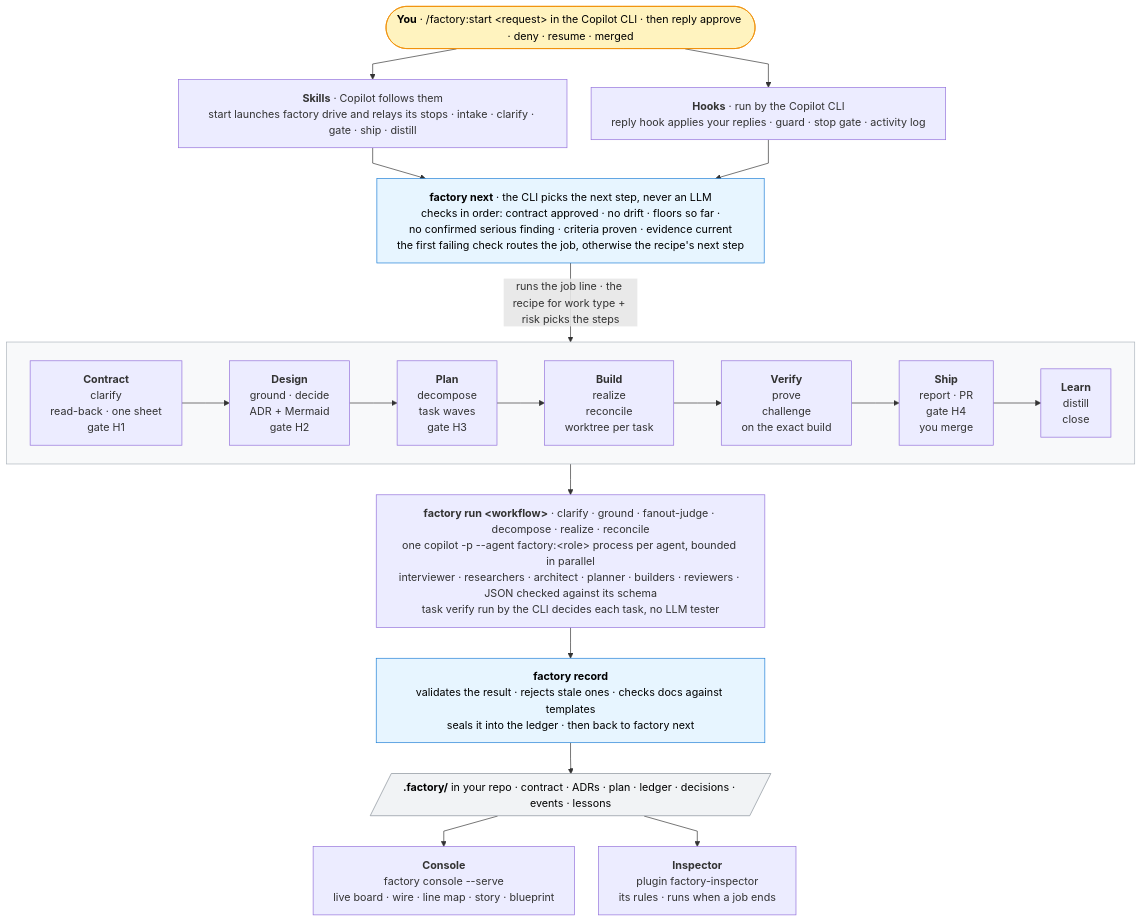
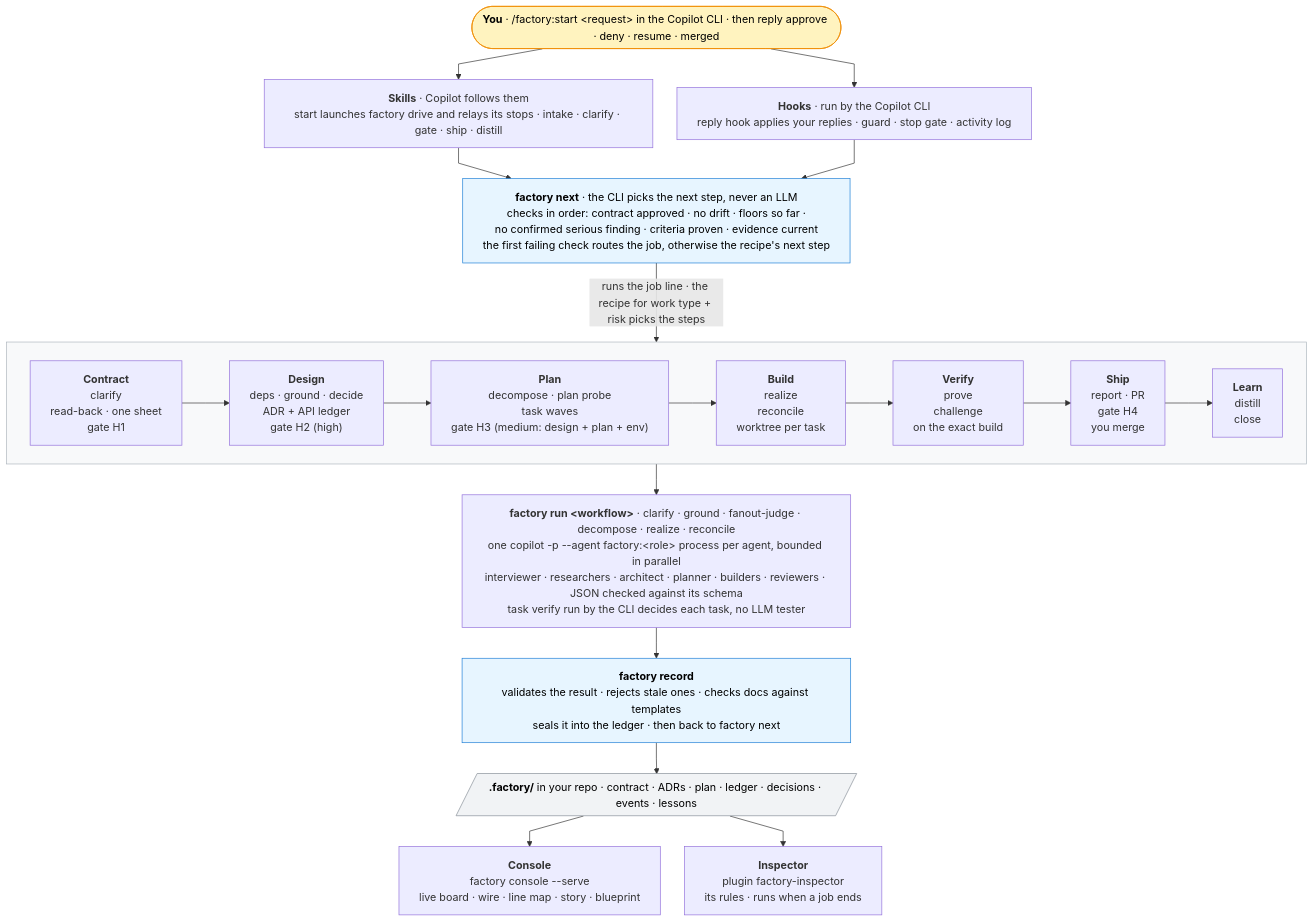
Before and after one commit to reshif/copilot-factory: the diagram in README.md, drawn with Mermaid. The commit also changed other lines of this file and 18 other files, not shown here.

````diff
--- a/README.md
+++ b/README.md
@@ -20,54 +20,54 @@
 ```mermaid
 ---
 config:
   flowchart:
     curve: linear
     nodeSpacing: 36
     rankSpacing: 46
     wrappingWidth: 520
 ---
 flowchart TB
   you(["<b>You</b> · /factory:start &lt;request&gt; in the Copilot CLI · then reply approve · deny · resume · merged"]):::human
 
   skills["<b>Skills</b> · Copilot follows them<br/>start launches factory drive and relays its stops · intake · clarify · gate · ship · distill"]
   hooks["<b>Hooks</b> · run by the Copilot CLI<br/>reply hook applies your replies · guard · stop gate · activity log"]
 
   router["<b>factory next</b> · the CLI picks the next step, never an LLM<br/>checks in order: contract approved · no drift · floors so far ·<br/>no confirmed serious finding · criteria proven · evidence current<br/>the first failing check routes the job, otherwise the recipe's next step"]:::cli
 
   subgraph line[" "]
     direction LR
     s1["<b>Contract</b><br/>clarify<br/>read-back · one sheet<br/>gate H1"]
-    s2["<b>Design</b><br/>ground · decide<br/>ADR + Mermaid<br/>gate H2"]
-    s3["<b>Plan</b><br/>decompose<br/>task waves<br/>gate H3"]
+    s2["<b>Design</b><br/>deps · ground · decide<br/>ADR + API ledger<br/>gate H2 (high)"]
+    s3["<b>Plan</b><br/>decompose · plan probe<br/>task waves<br/>gate H3 (medium: design + plan + env)"]
     s4["<b>Build</b><br/>realize<br/>reconcile<br/>worktree per task"]
     s5["<b>Verify</b><br/>prove<br/>challenge<br/>on the exact build"]
     s6["<b>Ship</b><br/>report · PR<br/>gate H4<br/>you merge"]
     s7["<b>Learn</b><br/>distill<br/>close"]
     s1 --> s2 --> s3 --> s4 --> s5 --> s6 --> s7
   end
 
   run["<b>factory run &lt;workflow&gt;</b> · clarify · ground · fanout-judge · decompose · realize · reconcile<br/>one copilot -p --agent factory:&lt;role&gt; process per agent, bounded in parallel<br/>interviewer · researchers · architect · planner · builders · reviewers · JSON checked against its schema<br/>task verify run by the CLI decides each task, no LLM tester"]
 
   record["<b>factory record</b><br/>validates the result · rejects stale ones · checks docs against templates<br/>seals it into the ledger · then back to factory next"]:::cli
 
   store[/"<b>.factory/</b> in your repo · contract · ADRs · plan · ledger · decisions · events · lessons"/]:::art
 
   console["<b>Console</b><br/>factory console --serve<br/>live board · wire · line map · story · blueprint"]
   inspector["<b>Inspector</b><br/>plugin factory-inspector<br/>its rules · runs when a job ends"]
 
   you --> skills
   you --> hooks
   skills --> router
   hooks --> router
   router -->|"runs the job line · the recipe for work type + risk picks the steps"| line
   line --> run
   run --> record
   record --> store
   store --> console
   store --> inspector
 
   classDef human fill:#fff3bf,stroke:#f08c00,color:#000
   classDef cli fill:#e7f5ff,stroke:#1c7ed6,color:#000
   classDef art fill:#f1f3f5,stroke:#868e96,color:#000
   style line fill:#f8f9fa,stroke:#adb5bd
 ```
````
